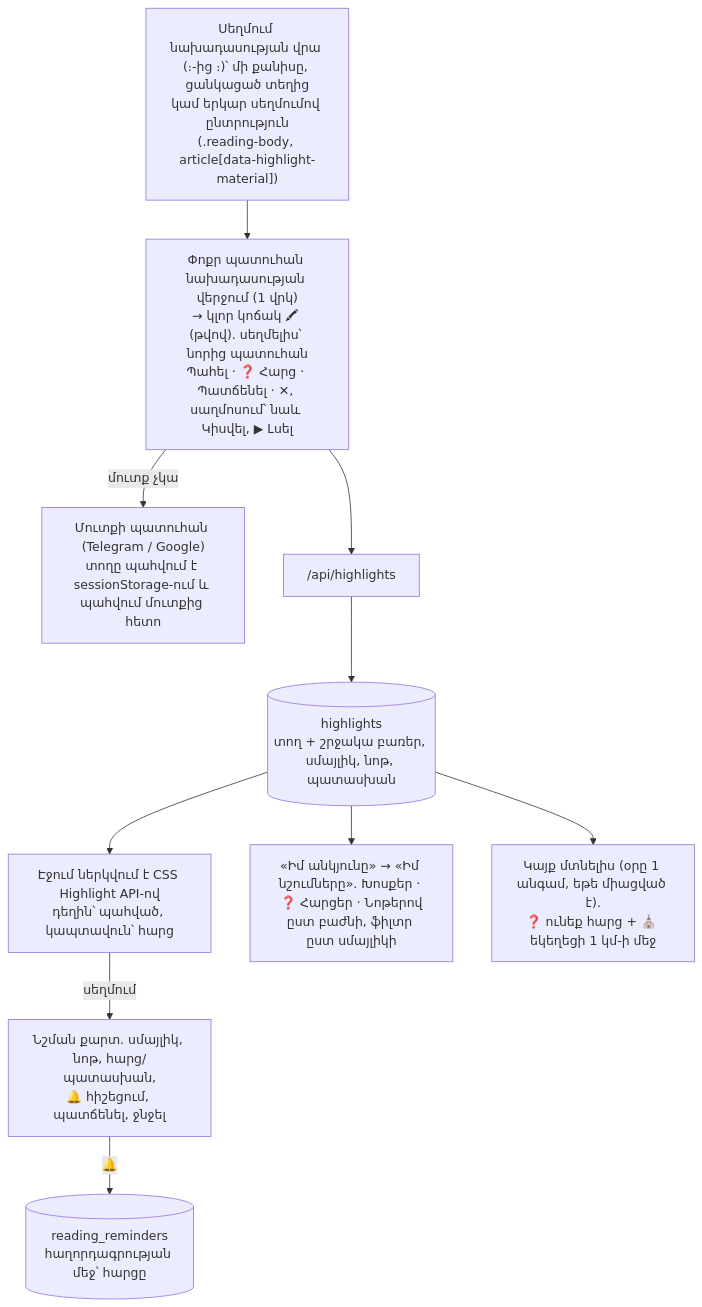
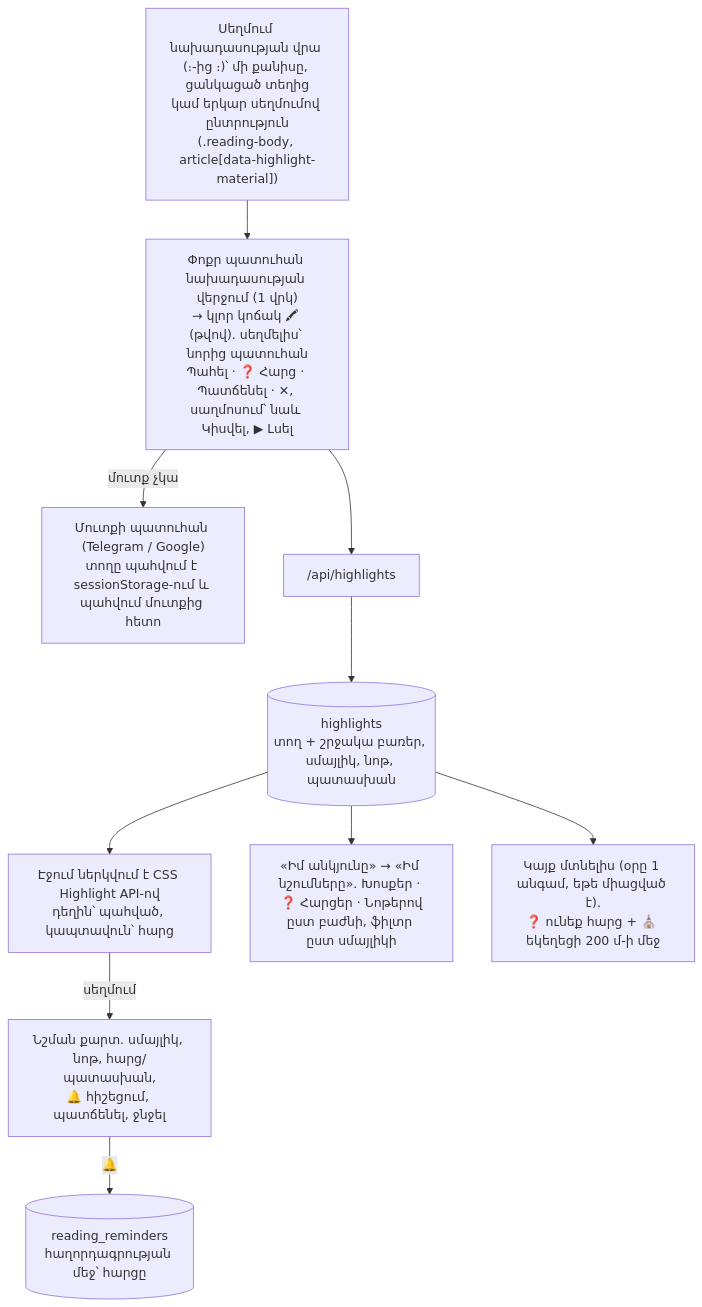
Diagram 14 of 24 in docs/ARCHITECTURE.md (T0n0yan/armenian-apostolic-digital-library), drawn with Mermaid before and after one commit. The commit also changed other lines of this file and 7 other files, not shown here.

````diff
--- a/docs/ARCHITECTURE.md
+++ b/docs/ARCHITECTURE.md
@@ -401,11 +401,11 @@
 ```mermaid
 flowchart TD
   SEL["Սեղմում նախադասության վրա (։-ից ։)՝ մի քանիսը, ցանկացած տեղից<br/>կամ երկար սեղմումով ընտրություն<br/>(.reading-body, article[data-highlight-material])"] --> BAR["Փոքր պատուհան նախադասության վերջում (1 վրկ)<br/>→ կլոր կոճակ 🖍 (թվով). սեղմելիս՝ նորից պատուհան<br/>Պահել · ❓ Հարց · Պատճենել · ✕, սաղմոսում՝ նաև Կիսվել, ▶ Լսել"]
   BAR -->|"մուտք չկա"| SIGN["Մուտքի պատուհան (Telegram / Google)<br/>տողը պահվում է sessionStorage-ում և պահվում մուտքից հետո"]
   BAR --> API["/api/highlights"] --> DB[("highlights<br/>տող + շրջակա բառեր, սմայլիկ, նոթ, պատասխան")]
   DB --> PAINT["Էջում ներկվում է CSS Highlight API-ով<br/>դեղին՝ պահված, կապտավուն՝ հարց"]
   PAINT -->|"սեղմում"| SHEET["Նշման քարտ. սմայլիկ, նոթ, հարց/պատասխան,<br/>🔔 հիշեցում, պատճենել, ջնջել"]
   DB --> NOTES["«Իմ անկյունը» → «Իմ նշումները». Խոսքեր · ❓ Հարցեր · Նոթերով<br/>ըստ բաժնի, ֆիլտր ըստ սմայլիկի"]
   SHEET -->|"🔔"| REM[("reading_reminders<br/>հաղորդագրության մեջ՝ հարցը")]
-  DB --> NUDGE["Կայք մտնելիս (օրը 1 անգամ, եթե միացված է).<br/>❓ ունեք հարց + ⛪ եկեղեցի 1 կմ-ի մեջ"]
+  DB --> NUDGE["Կայք մտնելիս (օրը 1 անգամ, եթե միացված է).<br/>❓ ունեք հարց + ⛪ եկեղեցի 200 մ-ի մեջ"]
 ```
````
